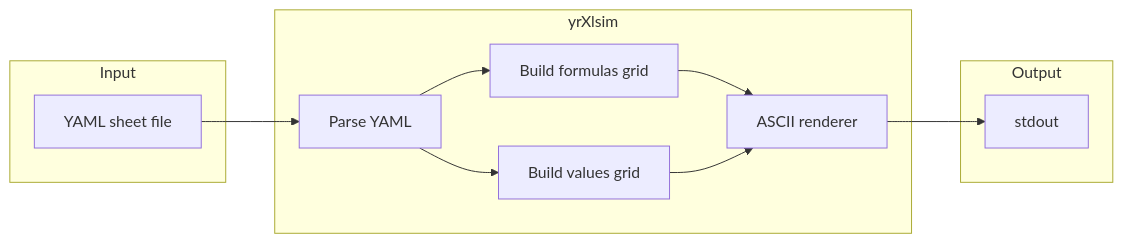
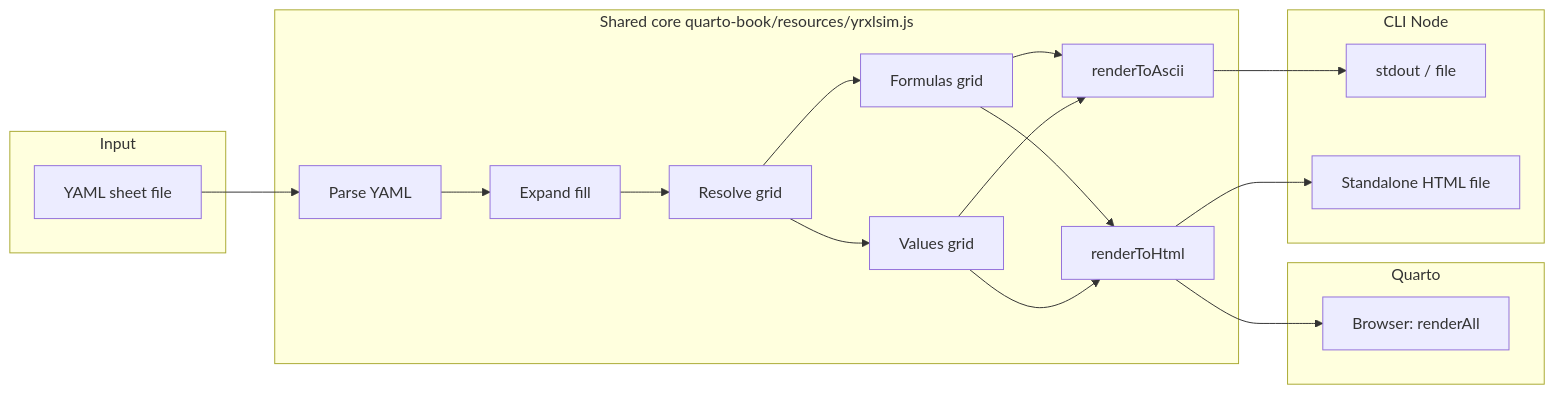
The diagram in PRD.md (y-rosenthal/yrXlsim), drawn with Mermaid before and after one commit. The commit also changed other lines of this file and 16 other files, not shown here.

Commit message:
added Bash script and Quarto renderer using quarto-book/resources/yrxlsim.js as single source of truth

````diff
--- a/PRD.md
+++ b/PRD.md
@@ -113,21 +117,31 @@
 ```mermaid
 flowchart LR
   subgraph input [Input]
     YAML[YAML sheet file]
   end
-  subgraph tool [yrXlsim]
+  subgraph core [Shared core quarto-book/resources/yrxlsim.js]
     Parse[Parse YAML]
-    Formulas[Build formulas grid]
-    Values[Build values grid]
-    Render[ASCII renderer]
+    Fill[Expand fill]
+    Resolve[Resolve grid]
+    Formulas[Formulas grid]
+    Values[Values grid]
+    Html[renderToHtml]
+    Ascii[renderToAscii]
   end
-  subgraph output [Output]
-    Stdout[stdout]
+  subgraph quarto [Quarto]
+    Browser[Browser: renderAll]
+  end
+  subgraph cli [CLI Node]
+    ASCIIOut[stdout / file]
+    HTMLOut[Standalone HTML file]
   end
   YAML --> Parse
-  Parse --> Formulas
-  Parse --> Values
-  Formulas --> Render
-  Values --> Render
-  Render --> Stdout
+  Parse --> Fill --> Resolve
+  Resolve --> Formulas --> Html
+  Resolve --> Values --> Html
+  Formulas --> Ascii
+  Values --> Ascii
+  Html --> Browser
+  Html --> HTMLOut
+  Ascii --> ASCIIOut
 ```
````
